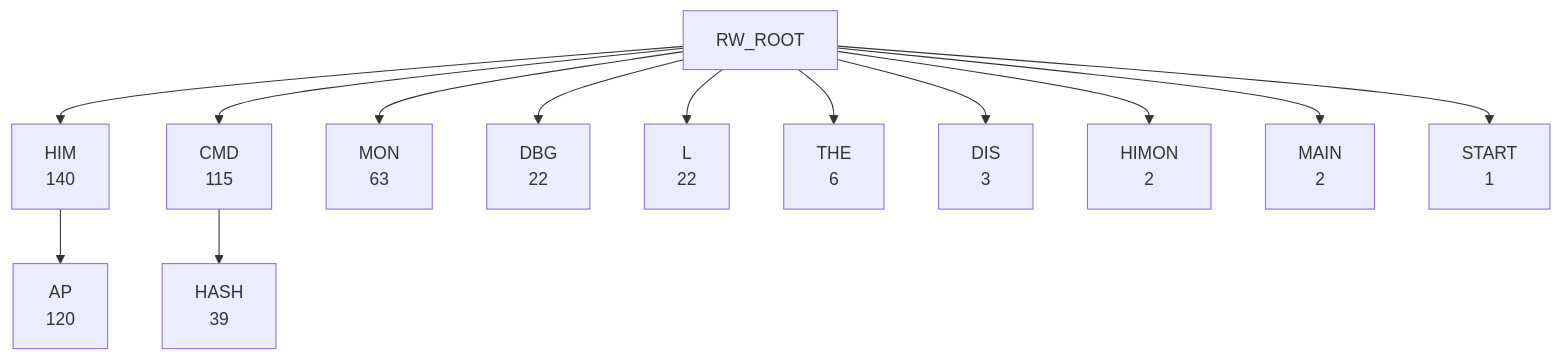
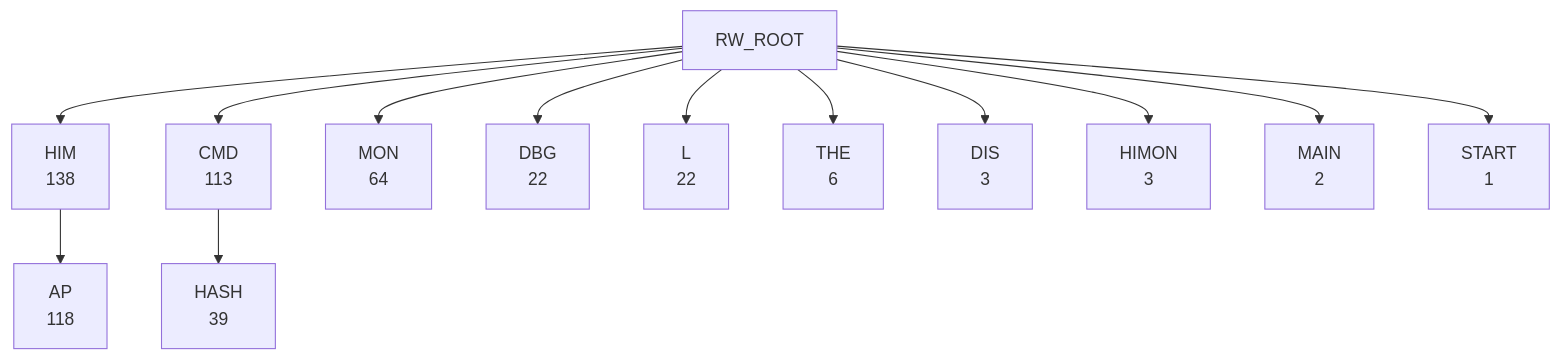
One commit to 95westus/R-YORS changed the second of 7 diagrams in DOC/GENERATED/ROUTINE_WORD_TREE.md. Above: the diagram before and after it, drawn with Mermaid. The commit also changed other lines of this file and 53 other files, not shown here.

````diff
--- a/DOC/GENERATED/ROUTINE_WORD_TREE.md
+++ b/DOC/GENERATED/ROUTINE_WORD_TREE.md
@@ -28,15 +28,15 @@
 ```mermaid
 flowchart TD
-    RW_ROOT --> RW_HIM["HIM<br/>140"]
-    RW_ROOT --> RW_CMD["CMD<br/>115"]
-    RW_ROOT --> RW_MON["MON<br/>63"]
+    RW_ROOT --> RW_HIM["HIM<br/>138"]
+    RW_ROOT --> RW_CMD["CMD<br/>113"]
+    RW_ROOT --> RW_MON["MON<br/>64"]
     RW_ROOT --> RW_DBG["DBG<br/>22"]
     RW_ROOT --> RW_L["L<br/>22"]
     RW_ROOT --> RW_THE["THE<br/>6"]
     RW_ROOT --> RW_DIS["DIS<br/>3"]
-    RW_ROOT --> RW_HIMON["HIMON<br/>2"]
+    RW_ROOT --> RW_HIMON["HIMON<br/>3"]
     RW_ROOT --> RW_MAIN["MAIN<br/>2"]
     RW_ROOT --> RW_START["START<br/>1"]
-    RW_HIM --> RW_HIM_AP["AP<br/>120"]
+    RW_HIM --> RW_HIM_AP["AP<br/>118"]
     RW_CMD --> RW_CMD_HASH["HASH<br/>39"]
 ```
````
